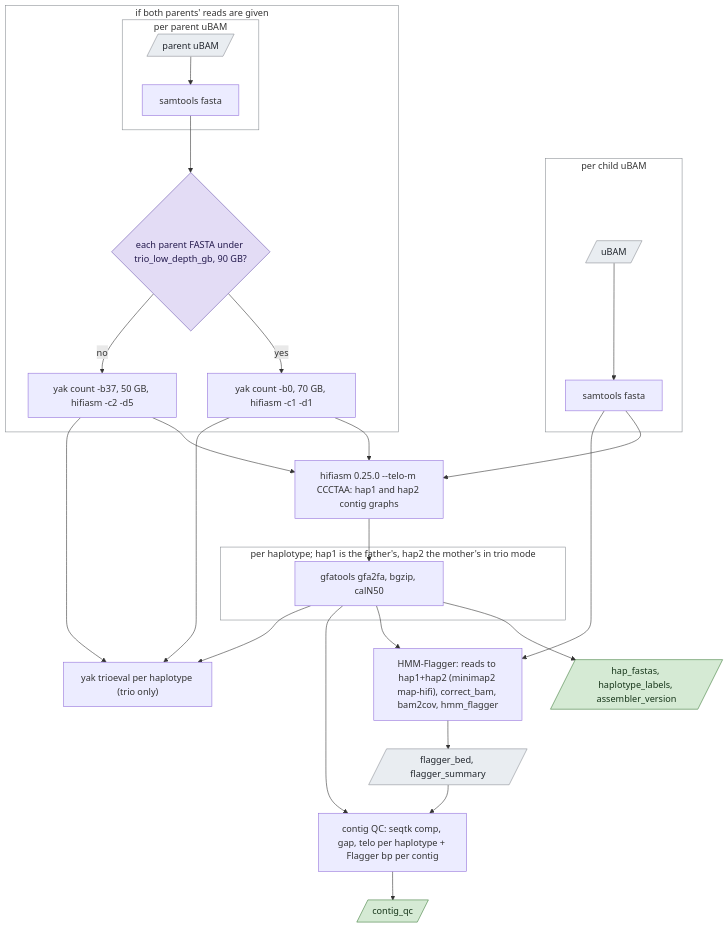
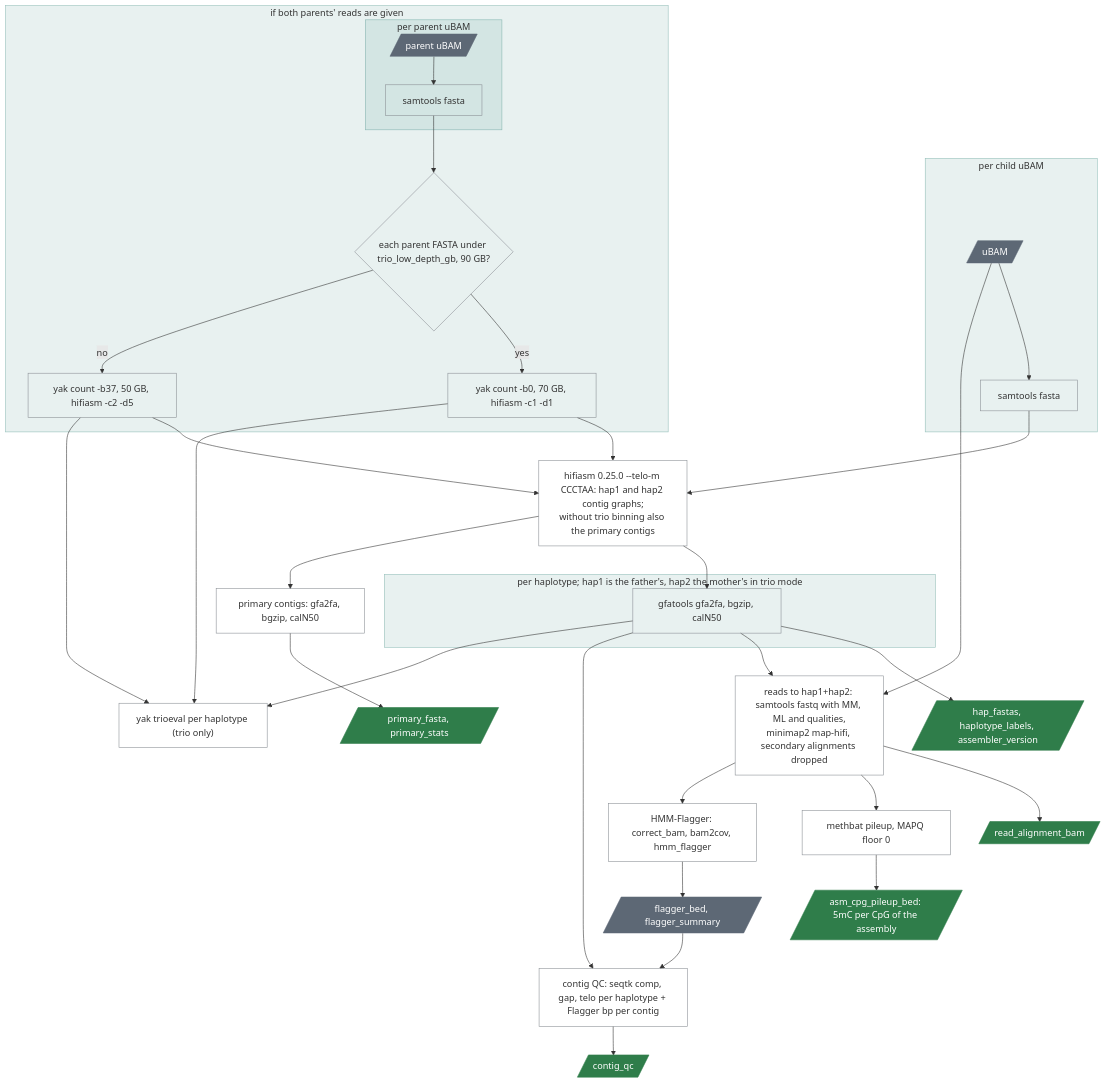
Before and after one commit to UppsalaGenomeCenter/ugc-wgw: the diagram in docs/guide/stages/assembly.md, drawn with Mermaid. The commit also changed other lines of this file and 51 other files, not shown here.

````diff
--- a/docs/guide/stages/assembly.md
+++ b/docs/guide/stages/assembly.md
@@ -19,36 +19,41 @@
 ```mermaid
 flowchart TD
   subgraph child["per child uBAM"]
     c[/"uBAM"/]:::data --> cf["samtools fasta"]
   end
   subgraph trio["if both parents' reads are given"]
     subgraph pf["per parent uBAM"]
       p[/"parent uBAM"/]:::data --> pfa["samtools fasta"]
     end
     pfa --> depth{"each parent FASTA under trio_low_depth_gb, 90 GB?"}:::decision
     depth -->|"yes"| y1["yak count -b0, 70 GB, hifiasm -c1 -d1"]
     depth -->|"no"| y2["yak count -b37, 50 GB, hifiasm -c2 -d5"]
   end
-  cf --> asm["hifiasm 0.25.0 --telo-m CCCTAA: hap1 and hap2 contig graphs"]
+  cf --> asm["hifiasm 0.25.0 --telo-m CCCTAA: hap1 and hap2 contig graphs;<br/>without trio binning also the primary contigs"]
   y1 --> asm
   y2 --> asm
   subgraph hap["per haplotype; hap1 is the father's, hap2 the mother's in trio mode"]
     fa["gfatools gfa2fa, bgzip, calN50"]
   end
   asm --> fa
   fa --> out[/"hap_fastas, haplotype_labels, assembler_version"/]:::result
-  fa --> fl["HMM-Flagger: reads to hap1+hap2 (minimap2 map-hifi), correct_bam, bam2cov, hmm_flagger"]
-  cf --> fl
+  asm --> pc["primary contigs: gfa2fa, bgzip, calN50"] --> pco[/"primary_fasta, primary_stats"/]:::result
+  fa --> aln["reads to hap1+hap2: samtools fastq with MM, ML and qualities,<br/>minimap2 map-hifi, secondary alignments dropped"]
+  c --> aln
+  aln --> bam[/"read_alignment_bam"/]:::result
+  aln --> pile["methbat pileup, MAPQ floor 0"] --> po[/"asm_cpg_pileup_bed: 5mC per CpG of the assembly"/]:::result
+  aln --> fl["HMM-Flagger: correct_bam, bam2cov, hmm_flagger"]
   fl --> fb[/"flagger_bed, flagger_summary"/]:::data
   fb --> cq["contig QC: seqtk comp, gap, telo per haplotype + Flagger bp per contig"]
   fa --> cq
   cq --> cqo[/"contig_qc"/]:::result
   y1 --> te["yak trioeval per haplotype (trio only)"]
   y2 --> te
   fa --> te
-  classDef data fill:#e9edf1,stroke:#8a8f95,color:#22272e
-  classDef result fill:#d5ead4,stroke:#3f7d3c,color:#17361a
-  classDef decision fill:#e3dcf5,stroke:#6b56b0,color:#241a4d
-  classDef box fill:none,stroke:#8a8f95
+  classDef default fill:none,stroke:#8a8f95
+  classDef data fill:#5d6875,stroke:#5d6875,color:#ffffff
+  classDef result fill:#2f7d4a,stroke:#2f7d4a,color:#ffffff
+  classDef decision fill:none,stroke:#8a8f95
+  classDef box fill:#1f7a70,fill-opacity:0.10,stroke:#1f7a70,stroke-opacity:0.45
   class child,trio,pf,hap box
 ```
````
